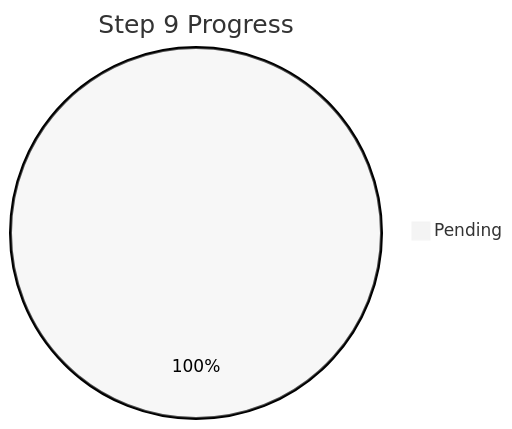
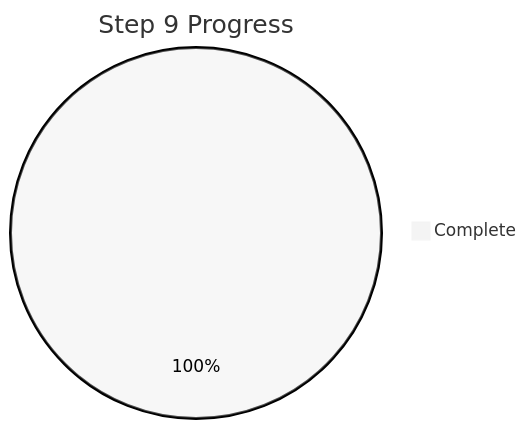
One commit to J3DI-19/Sentinel changed the tenth of 14 diagrams in docs/Completion_Report_2026-09-06.md. Above: the diagram before and after it, drawn with Mermaid (neutral theme). The commit also changed other lines of this file and 2 other files, not shown here.

````diff
--- a/docs/Completion_Report_2026-09-06.md
+++ b/docs/Completion_Report_2026-09-06.md
@@ -190,4 +203,4 @@
 ```mermaid
 pie title Step 9 Progress
-    "Pending" : 10
+    "Complete" : 15
 ```
````
